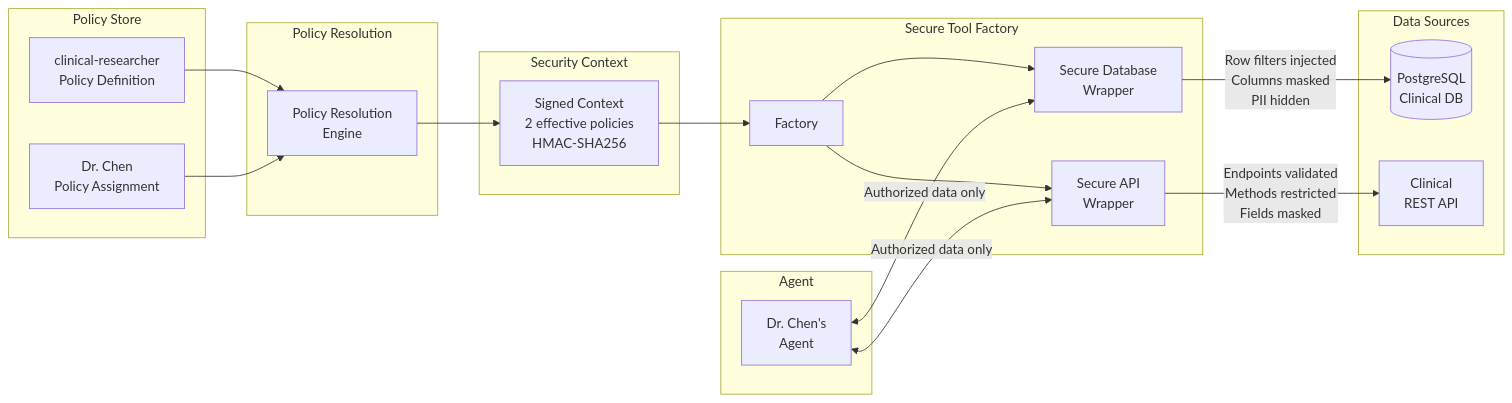
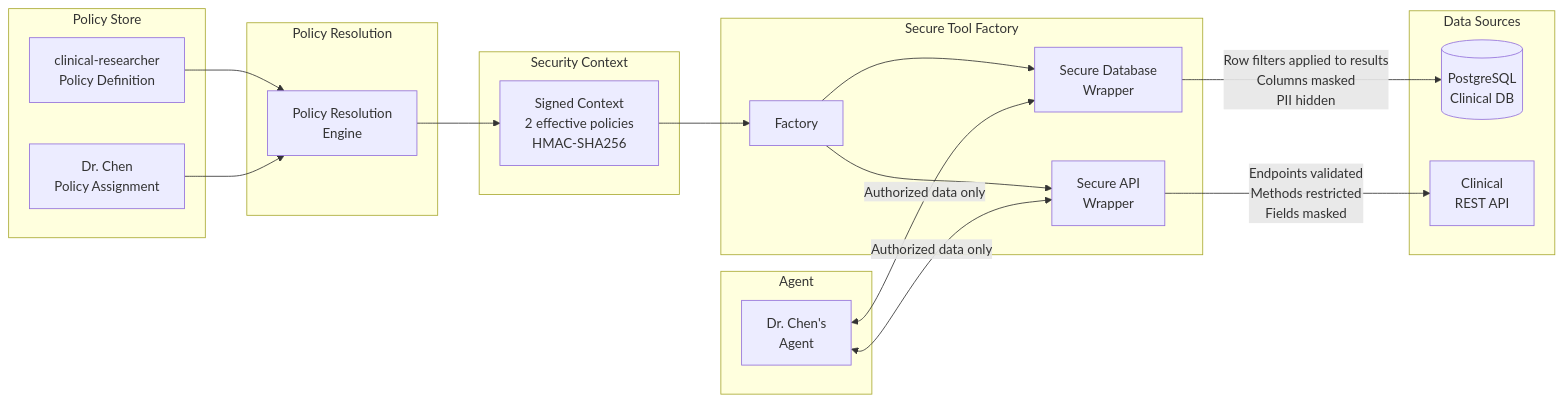
Diagram 11 of 11 in docs/architecture.md (awslabs/tolap), drawn with Mermaid before and after one commit. The commit also changed other lines of this file and 118 other files, not shown here.

````diff
--- a/docs/architecture.md
+++ b/docs/architecture.md
@@ -1038,41 +1043,41 @@
 ```mermaid
 flowchart LR
     subgraph Policy Store
         PD[clinical-researcher<br/>Policy Definition]
         PA[Dr. Chen<br/>Policy Assignment]
     end
 
     subgraph Policy Resolution
         PRE[Policy Resolution<br/>Engine]
     end
 
     subgraph Security Context
         SC[Signed Context<br/>2 effective policies<br/>HMAC-SHA256]
     end
 
     subgraph Secure Tool Factory
         F[Factory]
         DBW[Secure Database<br/>Wrapper]
         APIW[Secure API<br/>Wrapper]
     end
 
     subgraph Data Sources
         PG[(PostgreSQL<br/>Clinical DB)]
         API[Clinical<br/>REST API]
     end
 
     subgraph Agent
         AG[Dr. Chen's<br/>Agent]
     end
 
     PD --> PRE
     PA --> PRE
     PRE --> SC
     SC --> F
     F --> DBW
     F --> APIW
-    DBW -->|Row filters injected<br/>Columns masked<br/>PII hidden| PG
+    DBW -->|Row filters applied to results<br/>Columns masked<br/>PII hidden| PG
     APIW -->|Endpoints validated<br/>Methods restricted<br/>Fields masked| API
     AG <-->|Authorized data only| DBW
     AG <-->|Authorized data only| APIW
 ```
````
